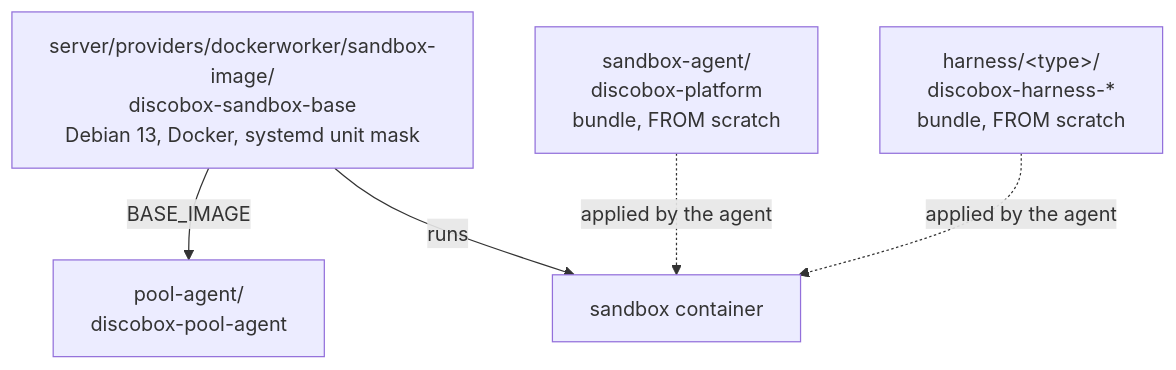
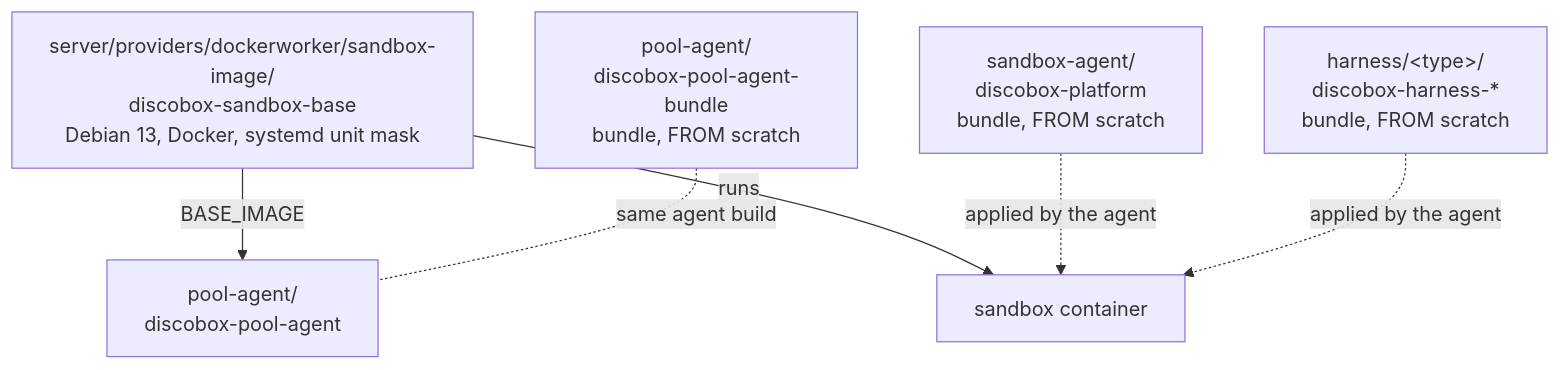
Before and after one commit to discobox-ai/discobox: the fifth of 5 diagrams in DESIGN.md, drawn with Mermaid. The commit also changed other lines of this file and 19 other files, not shown here.

First line of the commit message:
feat(release): publish and pin the pool-agent bundle

````diff
--- a/DESIGN.md
+++ b/DESIGN.md
@@ -396,13 +398,15 @@
 ```mermaid
 flowchart TD
     base["server/providers/dockerworker/sandbox-image/<br/>discobox-sandbox-base<br/>Debian 13, Docker, systemd unit mask"]
     pool["pool-agent/<br/>discobox-pool-agent"]
+    poolbundle["pool-agent/<br/>discobox-pool-agent-bundle<br/>bundle, FROM scratch"]
     platform["sandbox-agent/<br/>discobox-platform<br/>bundle, FROM scratch"]
     bundle["harness/&lt;type&gt;/<br/>discobox-harness-*<br/>bundle, FROM scratch"]
     box["sandbox container"]
 
     base -->|BASE_IMAGE| pool
     base -->|runs| box
     platform -.->|applied by the agent| box
     bundle -.->|applied by the agent| box
+    poolbundle -.-|same agent build| pool
 ```
````
